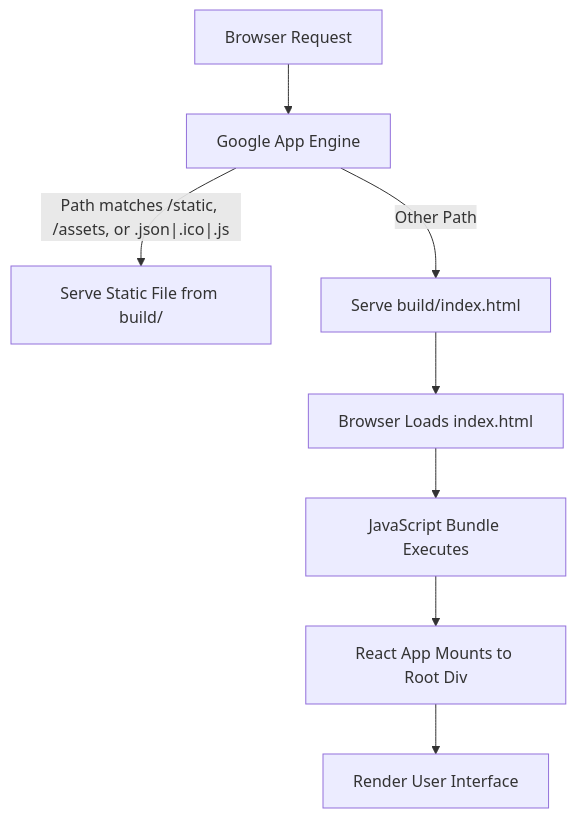
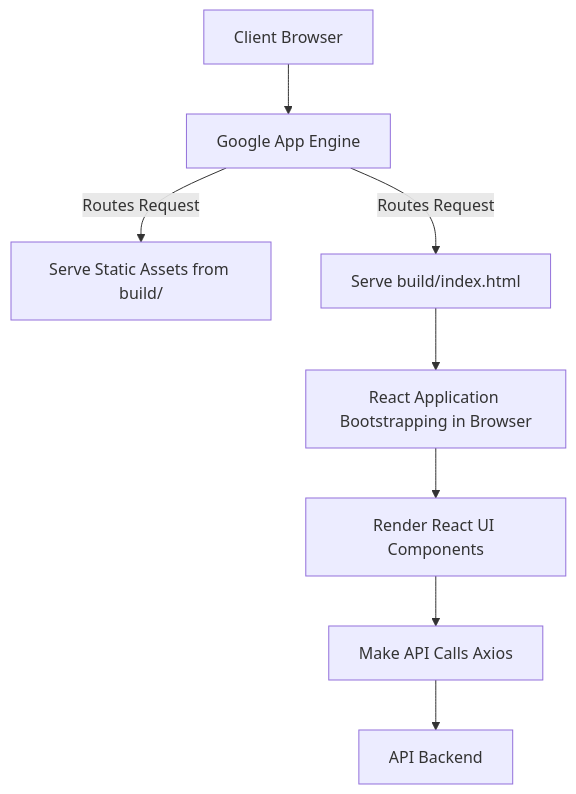
One commit to test-company-prowiz/maxify_frontend changed the diagram in docs/REPOSITORY_OVERVIEW.md. Above: the diagram before and after it, drawn with Mermaid. The commit also changed other lines of this file, not shown here.

````diff
--- a/docs/REPOSITORY_OVERVIEW.md
+++ b/docs/REPOSITORY_OVERVIEW.md
@@ -53,10 +70,10 @@
 ```mermaid
 graph TD
-A[Browser Request] --> B[Google App Engine]
-B -- Path matches /static, /assets, or .json|.ico|.js --> C[Serve Static File from build/]
-B -- Other Path --> D[Serve build/index.html]
-D --> E[Browser Loads index.html]
-E --> F[JavaScript Bundle Executes]
-F --> G[React App Mounts to Root Div]
-G --> H[Render User Interface]
+ClientBrowser[Client Browser] --> GoogleAppEngine[Google App Engine]
+GoogleAppEngine -- Routes Request --> ServeStaticAssets[Serve Static Assets from build/]
+GoogleAppEngine -- Routes Request --> ServeIndexHtml[Serve build/index.html]
+ServeIndexHtml --> ReactApplicationBootstrapping[React Application Bootstrapping in Browser]
+ReactApplicationBootstrapping --> RenderReactUi[Render React UI Components]
+RenderReactUi --> MakeApiCalls[Make API Calls Axios]
+MakeApiCalls --> BackendApi[API Backend]
 ```
````
